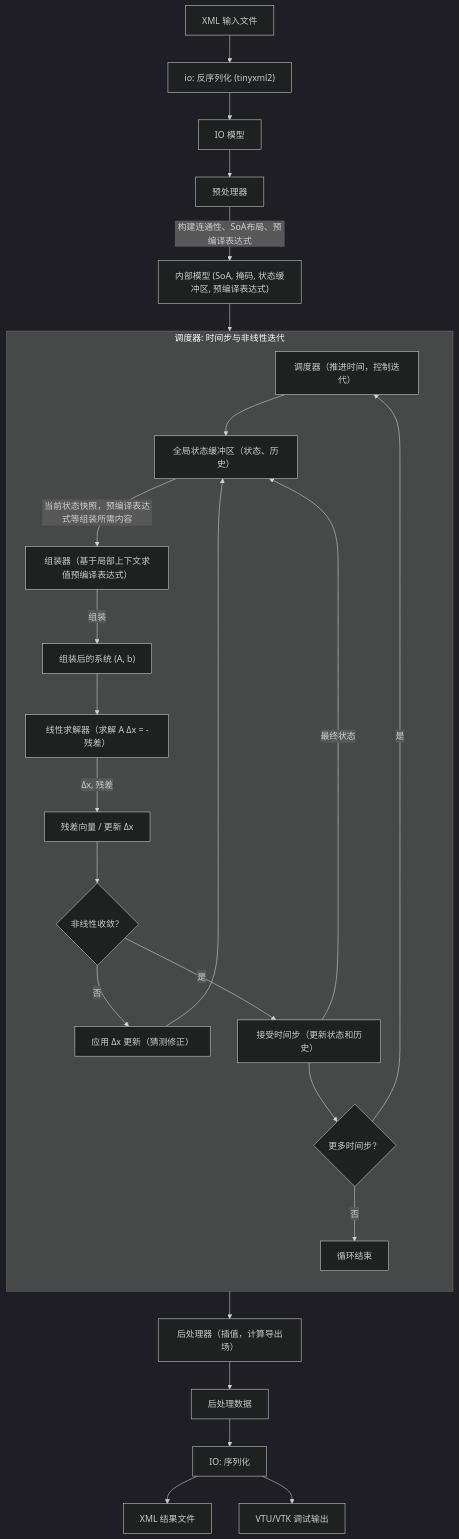
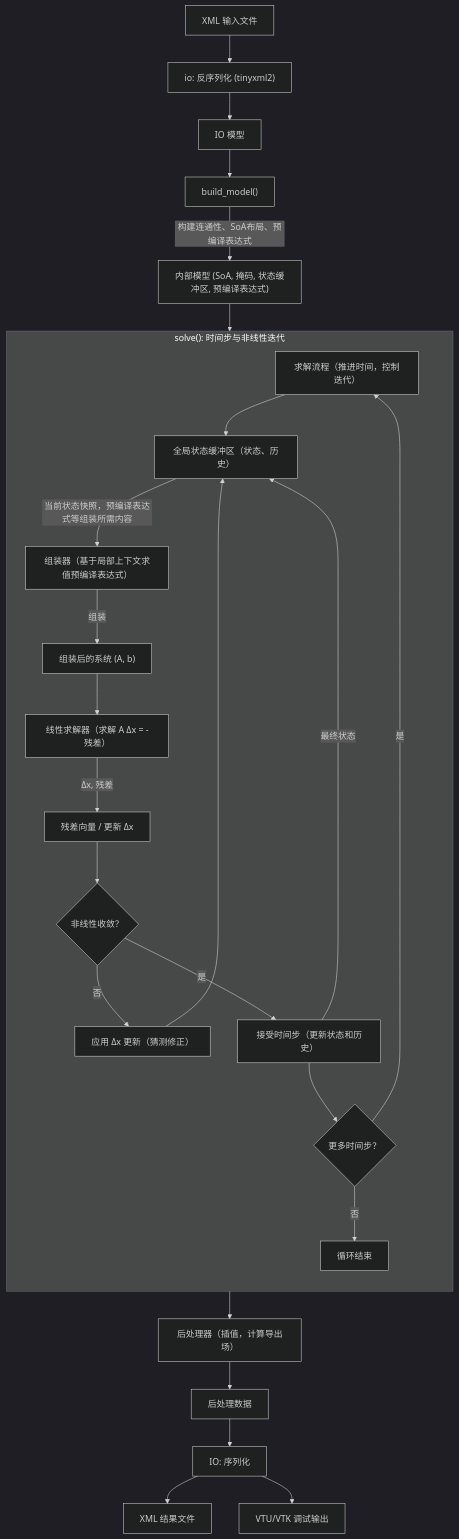
Before and after one commit to catyugu/MetaHotspot: the diagram in README.md, drawn with Mermaid (dark theme). The commit also changed other lines of this file and 35 other files, not shown here.

Commit message:
simplify model build and solve APIs

````diff
--- a/README.md
+++ b/README.md
@@ -46,41 +47,41 @@
 ```mermaid
 flowchart TD
     XML["XML 输入文件"] --> io_read["io: 反序列化 (tinyxml2)"]
-    io_read --> IOStructure["IO 模型"]
-    IOStructure --> pre["预处理器"]
+    io_read --> ModelDefinition["IO 模型"]
+    ModelDefinition --> pre["build_model()"]
     pre -- "构建连通性、SoA布局、预编译表达式" --> Model["内部模型 (SoA, 掩码, 状态缓冲区, 预编译表达式)"]
 
     Model --> sched
 
-    subgraph SimulationLoop ["调度器: 时间步与非线性迭代"]
+    subgraph SimulationLoop ["solve(): 时间步与非线性迭代"]
         direction TB
-        sched["调度器（推进时间，控制迭代）"]
+        sched["求解流程（推进时间，控制迭代）"]
         stat["全局状态缓冲区（状态、历史）"]
         assembler["组装器（基于局部上下文求值预编译表达式）"]
         Asys["组装后的系统 (A, b)"]
         solver["线性求解器（求解 A Δx = -残差）"]
         Dx["残差向量 / 更新 Δx"]
         converged{"非线性收敛？"}
 
         sched --> stat
         stat -- "当前状态快照，预编译表达式等组装所需内容" --> assembler
         assembler -- "组装" --> Asys
         Asys --> solver
         solver -- "Δx, 残差" --> Dx
         Dx --> converged
 
         converged -- "否" --> update_guess["应用 Δx 更新（猜测修正）"] --> stat
         converged -- "是" --> accept["接受时间步（更新状态和历史）"]
         accept -- "最终状态" --> stat
         accept --> next_time{"更多时间步？"}
         next_time -- "是" --> sched
         next_time -- "否" --> loop_done["循环结束"]
     end
 
     loop_done --> post["后处理器（插值，计算导出场）"]
     post --> Pdata["后处理数据"]
     Pdata --> io_write["IO: 序列化"]
     io_write --> XMLout["XML 结果文件"]
     io_write --> VTU["VTU/VTK 调试输出"]
 
 ```
````
